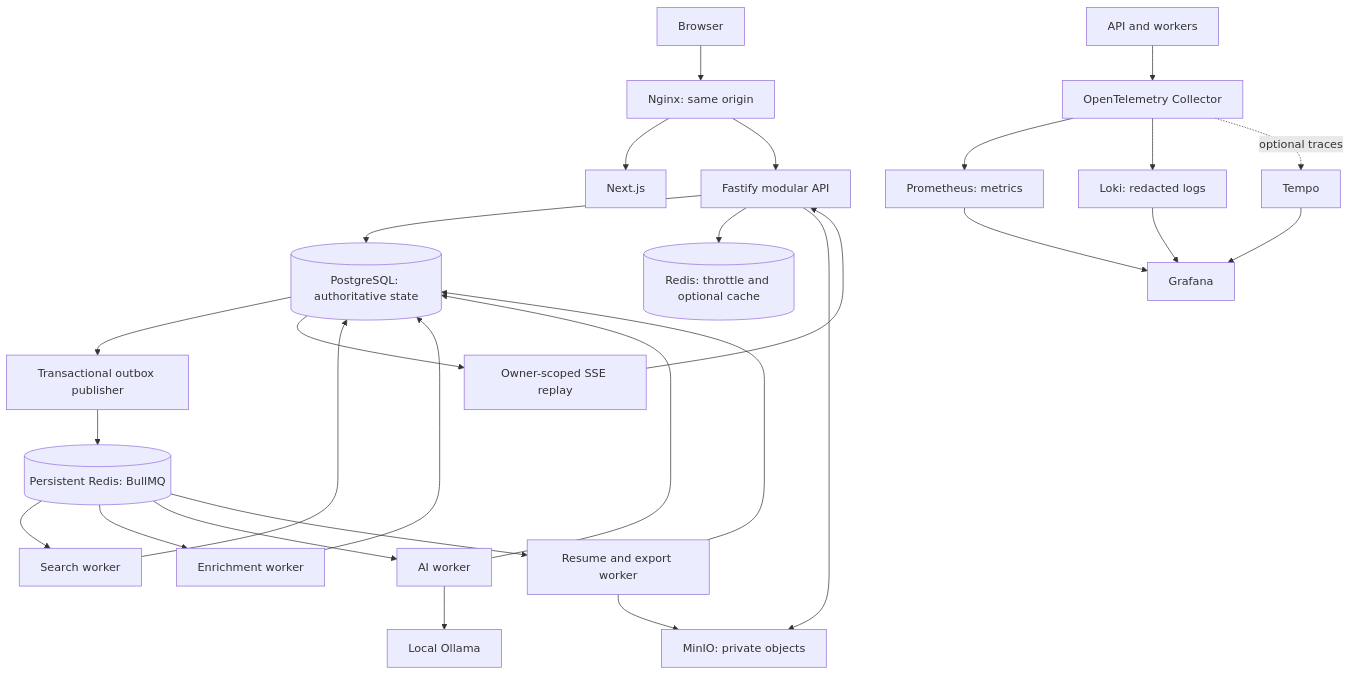
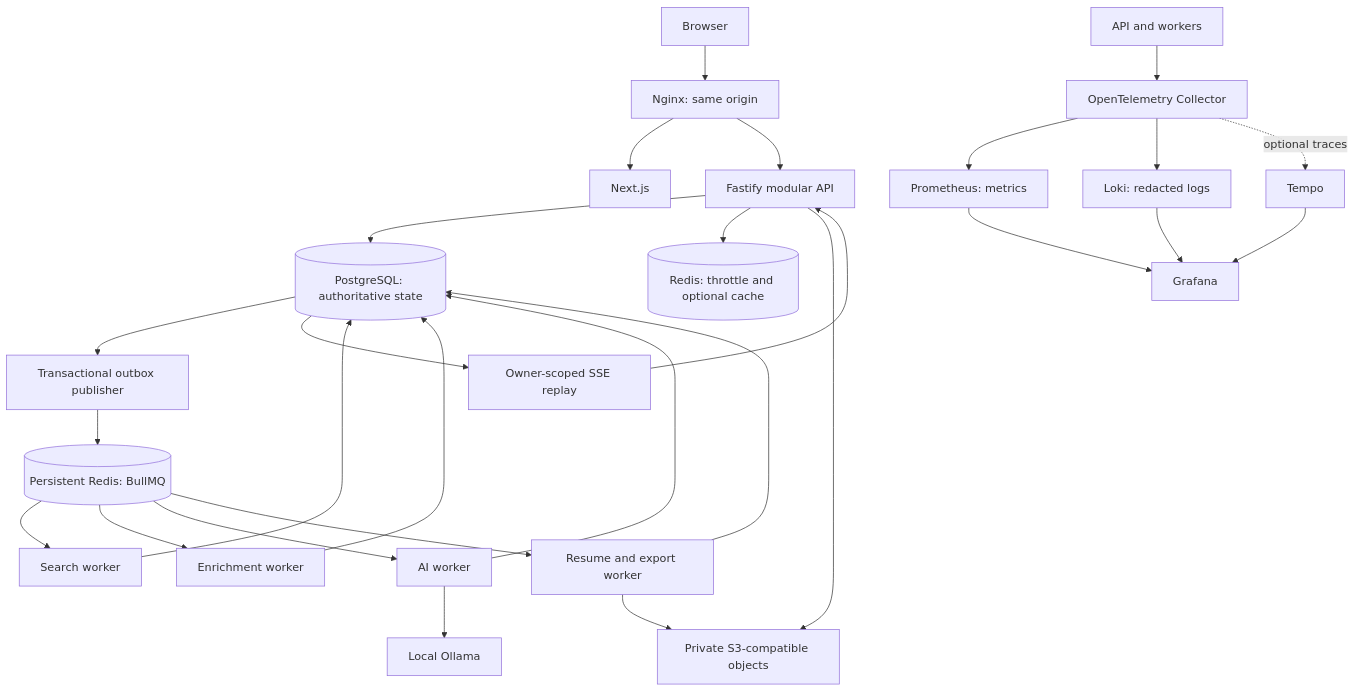
Before and after one commit to varunjakkampudi-tech/careerscope: the first of 2 diagrams in v2/ARCHITECTURE.md, drawn with Mermaid. The commit also changed other lines of this file and 50 other files, not shown here.

````diff
--- a/v2/ARCHITECTURE.md
+++ b/v2/ARCHITECTURE.md
@@ -29,30 +85,30 @@
 ```mermaid
 flowchart TD
   Browser[Browser] --> Nginx[Nginx: same origin]
   Nginx --> Web[Next.js]
   Nginx --> API[Fastify modular API]
   API --> PG[(PostgreSQL: authoritative state)]
   API --> Cache[(Redis: throttle and optional cache)]
-  API --> Objects[MinIO: private objects]
+   API --> Objects[Private S3-compatible objects]
   PG --> Publisher[Transactional outbox publisher]
   Publisher --> Queue[(Persistent Redis: BullMQ)]
   Queue --> Search[Search worker]
   Queue --> Enrich[Enrichment worker]
   Queue --> AI[AI worker]
   Queue --> Files[Resume and export worker]
   Search --> PG
   Enrich --> PG
   Files --> Objects
   Files --> PG
   AI --> Ollama[Local Ollama]
   AI --> PG
   PG --> Events[Owner-scoped SSE replay]
   Events --> API
   Services[API and workers] --> OTel[OpenTelemetry Collector]
   OTel --> Prometheus[Prometheus: metrics]
   OTel --> Loki[Loki: redacted logs]
   OTel -. optional traces .-> Tempo[Tempo]
   Prometheus --> Grafana[Grafana]
   Loki --> Grafana
   Tempo --> Grafana
 ```
````
